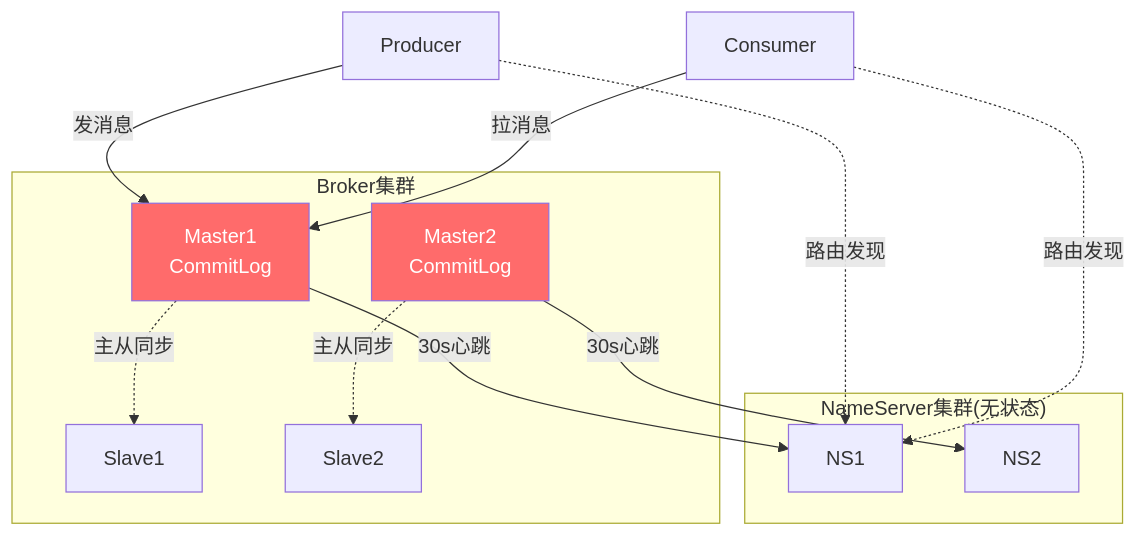
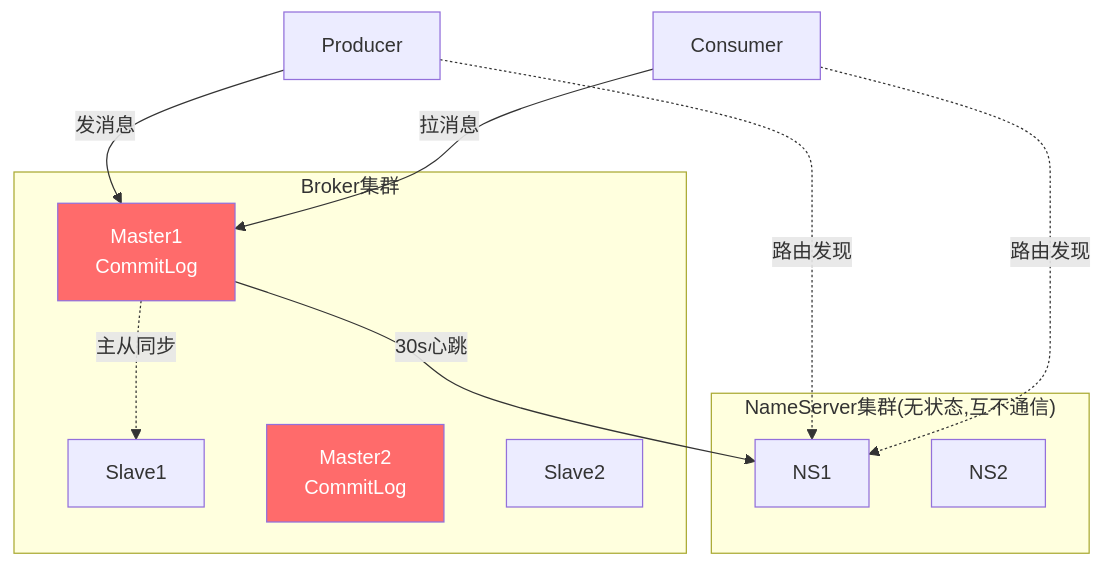
One commit to qigao0787-ops/gq-test changed diagram 24 of 31 in document/strengthen/分布式技术面试总结_增强版.md. Above: the diagram before and after it, drawn with Mermaid. The commit also changed other lines of this file, not shown here.

````diff
--- a/document/strengthen/分布式技术面试总结_增强版.md
+++ b/document/strengthen/分布式技术面试总结_增强版.md
@@ -1876,27 +2017,25 @@
 ```mermaid
 flowchart TB
-    subgraph NameServer["NameServer集群(无状态)"]
+    subgraph NameServer["NameServer集群(无状态,互不通信)"]
         NS1[NS1]
         NS2[NS2]
     end
 
     subgraph Broker["Broker集群"]
         BM1["Master1<br/>CommitLog"]
         BS1["Slave1"]
         BM2["Master2<br/>CommitLog"]
         BS2["Slave2"]
     end
 
     P[Producer] -.路由发现.-> NS1
     P -->|发消息| BM1
     C[Consumer] -.路由发现.-> NS1
     C -->|拉消息| BM1
 
     BM1 -.主从同步.-> BS1
-    BM2 -.主从同步.-> BS2
     BM1 --30s心跳--> NS1
-    BM2 --30s心跳--> NS2
 
     style BM1 fill:#ff6b6b,color:#fff
     style BM2 fill:#ff6b6b,color:#fff
 ```
````
